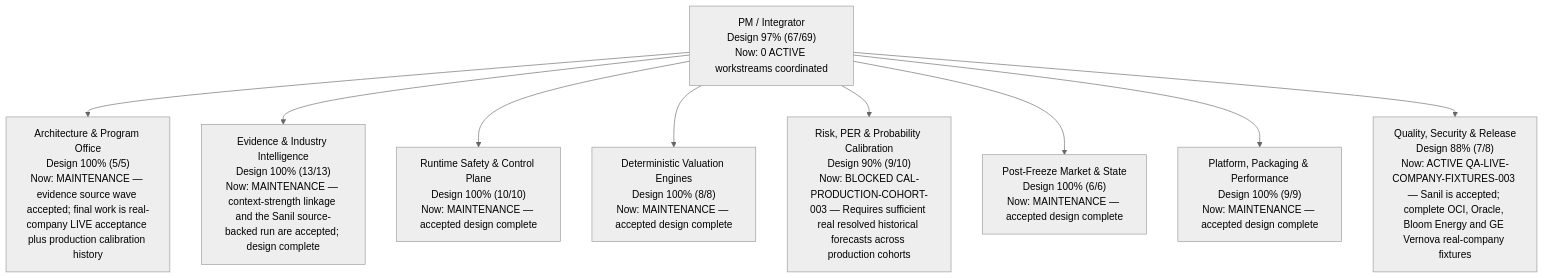
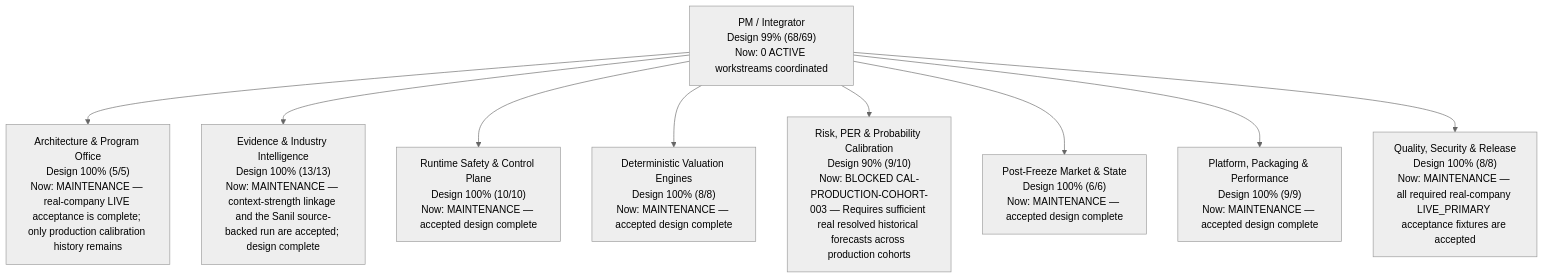
One commit to newwonwoo/valuation changed the diagram in PROJECT_STATUS.md. Above: the diagram before and after it, drawn with Mermaid (neutral theme). The commit also changed other lines of this file and 1 other file, not shown here.

Commit message:
Accept required live-company fixtures

````diff
--- a/PROJECT_STATUS.md
+++ b/PROJECT_STATUS.md
@@ -24,12 +24,12 @@
 ```mermaid
 flowchart TB
-  PM["PM / Integrator<br/>Design 97% (67/69)<br/>Now: 0 ACTIVE workstreams coordinated"]
-  PM --> PMO["Architecture & Program Office<br/>Design 100% (5/5)<br/>Now: MAINTENANCE — evidence source wave accepted; final work is real-company LIVE acceptance plus production calibration history"]
+  PM["PM / Integrator<br/>Design 99% (68/69)<br/>Now: 0 ACTIVE workstreams coordinated"]
+  PM --> PMO["Architecture & Program Office<br/>Design 100% (5/5)<br/>Now: MAINTENANCE — real-company LIVE acceptance is complete; only production calibration history remains"]
   PM --> EVIDENCE["Evidence & Industry Intelligence<br/>Design 100% (13/13)<br/>Now: MAINTENANCE — context-strength linkage and the Sanil source-backed run are accepted; design complete"]
   PM --> RUNTIME["Runtime Safety & Control Plane<br/>Design 100% (10/10)<br/>Now: MAINTENANCE — accepted design complete"]
   PM --> VALUATION["Deterministic Valuation Engines<br/>Design 100% (8/8)<br/>Now: MAINTENANCE — accepted design complete"]
   PM --> CALIBRATION["Risk, PER & Probability Calibration<br/>Design 90% (9/10)<br/>Now: BLOCKED CAL-PRODUCTION-COHORT-003 — Requires sufficient real resolved historical forecasts across production cohorts"]
   PM --> POST_FREEZE["Post-Freeze Market & State<br/>Design 100% (6/6)<br/>Now: MAINTENANCE — accepted design complete"]
   PM --> PLATFORM["Platform, Packaging & Performance<br/>Design 100% (9/9)<br/>Now: MAINTENANCE — accepted design complete"]
-  PM --> QA_RELEASE["Quality, Security & Release<br/>Design 88% (7/8)<br/>Now: ACTIVE QA-LIVE-COMPANY-FIXTURES-003 — Sanil is accepted; complete OCI, Oracle, Bloom Energy and GE Vernova real-company fixtures"]
+  PM --> QA_RELEASE["Quality, Security & Release<br/>Design 100% (8/8)<br/>Now: MAINTENANCE — all required real-company LIVE_PRIMARY acceptance fixtures are accepted"]
 ```
````
